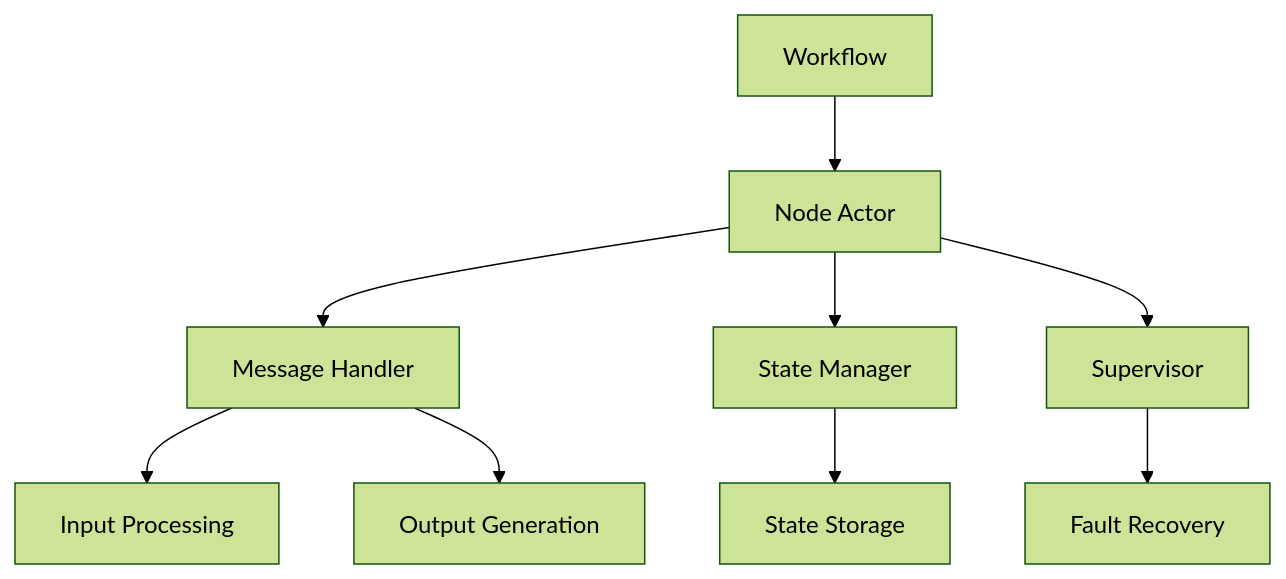
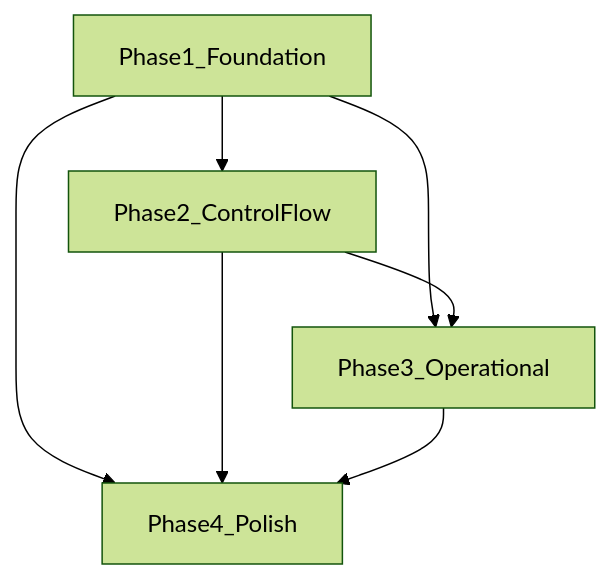
Before and after one commit to open-source-cloud/fuse: the first of 2 diagrams in README.md, drawn with Mermaid (forest theme). The commit also changed other lines of this file and 182 other files, not shown here.

````diff
--- a/README.md
+++ b/README.md
@@ -47,11 +33,13 @@
 ```mermaid
-graph TD
-    A[Workflow] --> B[Node Actor]
-    B --> C[Message Handler]
-    B --> D[State Manager]
-    B --> E[Supervisor]
-    C --> F[Input Processing]
-    C --> G[Output Generation]
-    D --> H[State Storage]
-    E --> I[Fault Recovery]
+flowchart TD
+  P1[Phase1_Foundation]
+  P2[Phase2_ControlFlow]
+  P3[Phase3_Operational]
+  P4[Phase4_Polish]
+  P1 --> P2
+  P1 --> P3
+  P2 --> P3
+  P1 --> P4
+  P2 --> P4
+  P3 --> P4
 ```
````
